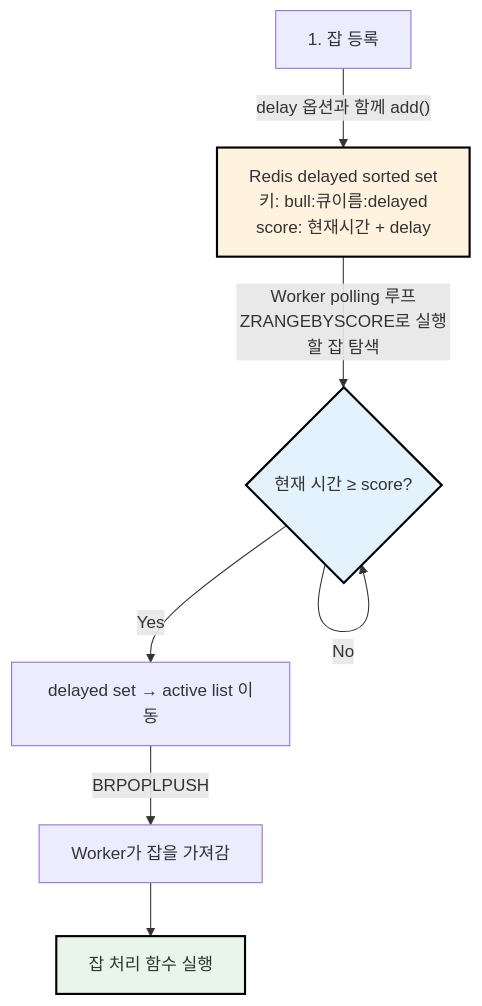
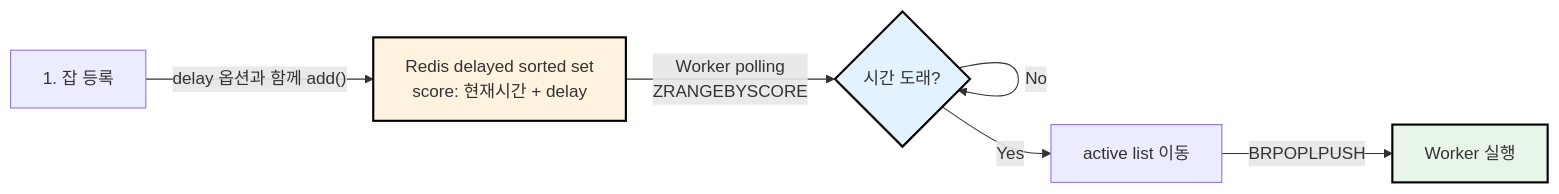
The third of 18 diagrams in content/post/Network/bullmq-cloud-run-vpc-idle-timeout.md (yumin00/blog), drawn with Mermaid before and after one commit. The commit also changed other lines of this file, not shown here.

Commit message:
chore: BullMQ Delayed Job이 실행되지 않는 세 가지 함정 — VPC Idle Timeout, CPU Throttling, 큐 이름 충돌

````diff
--- a/content/post/Network/bullmq-cloud-run-vpc-idle-timeout.md
+++ b/content/post/Network/bullmq-cloud-run-vpc-idle-timeout.md
@@ -72,13 +110,12 @@
 ```mermaid
-flowchart TD
-    A["1. 잡 등록"] -->|"delay 옵션과 함께 add()"| B["Redis delayed sorted set<br/>키: bull:큐이름:delayed<br/>score: 현재시간 + delay"]
-    B -->|"Worker polling 루프<br/>ZRANGEBYSCORE로 실행할 잡 탐색"| C{"현재 시간 ≥ score?"}
+flowchart LR
+    A["1. 잡 등록"] -->|"delay 옵션과 함께 add()"| B["Redis delayed sorted set<br/>score: 현재시간 + delay"]
+    B -->|"Worker polling<br/>ZRANGEBYSCORE"| C{"시간 도래?"}
     C -->|No| C
-    C -->|Yes| D["delayed set → active list 이동"]
-    D -->|"BRPOPLPUSH"| E["Worker가 잡을 가져감"]
-    E --> F["잡 처리 함수 실행"]
+    C -->|Yes| D["active list 이동"]
+    D -->|"BRPOPLPUSH"| E["Worker 실행"]
 
     style B fill:#fff3e0,stroke:#000,stroke-width:2px
     style C fill:#e3f2fd,stroke:#000,stroke-width:2px
-    style F fill:#e8f5e9,stroke:#000,stroke-width:2px
+    style E fill:#e8f5e9,stroke:#000,stroke-width:2px
 ```
````
